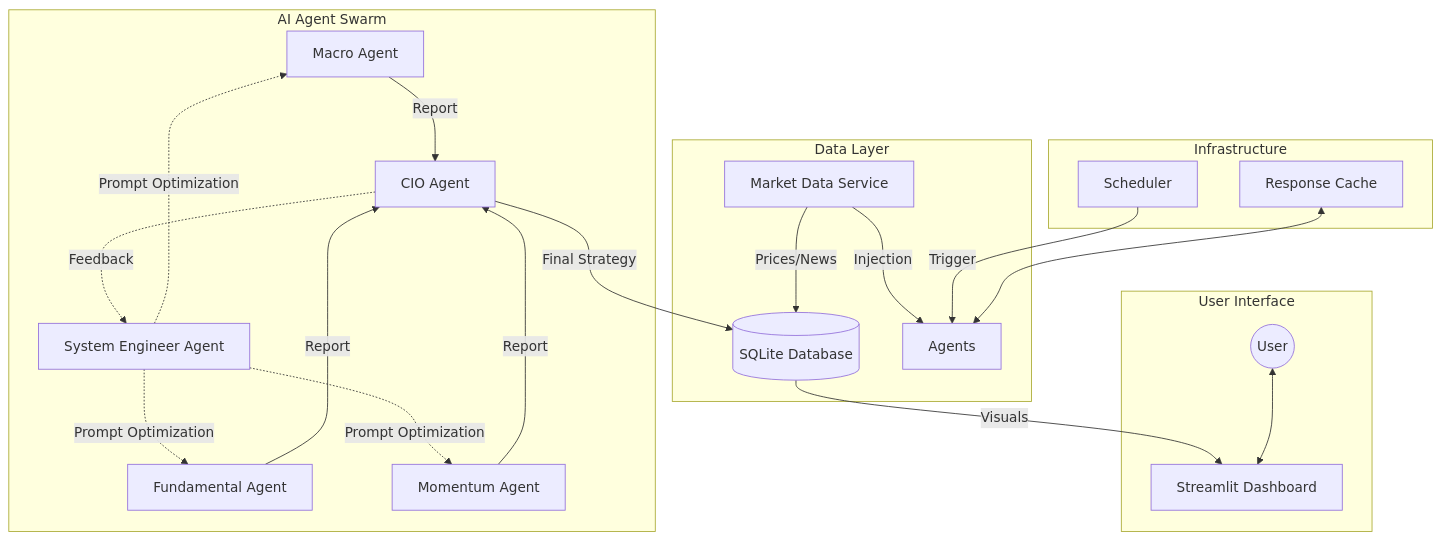
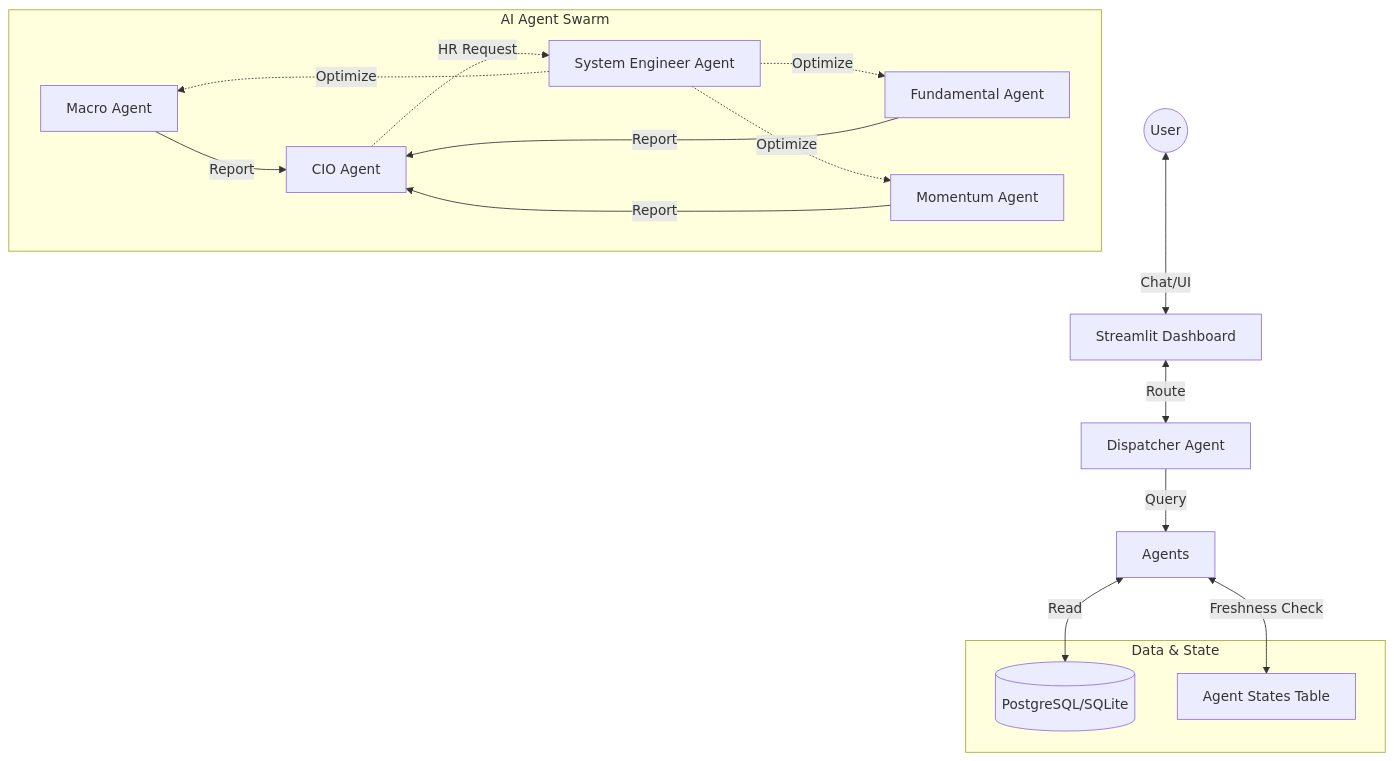
Before and after one commit to neohsiung/AI-Investment-Advisor: the first of 3 diagrams in README.md, drawn with Mermaid. The commit also changed other lines of this file and 37 other files, not shown here.

````diff
--- a/README.md
+++ b/README.md
@@ -33,33 +34,29 @@
 ```mermaid
 graph TD
-    subgraph Data Layer
-        MD[Market Data Service] -->|Prices/News| DB[(SQLite Database)]
-        MD -->|Injection| Agents
-    end
-
+    User((User)) <-->|Chat/UI| DASH[Streamlit Dashboard]
+    DASH <-->|Route| DISP[Dispatcher Agent]
+    
+    DISP -->|Query| Agents
+    
     subgraph AI Agent Swarm
         MA[Macro Agent]
         FA[Fundamental Agent]
         MO[Momentum Agent]
-
-        MA -->|Report| CIO[CIO Agent]
+        CIO[CIO Agent]
+        
+        MA -->|Report| CIO
         FA -->|Report| CIO
         MO -->|Report| CIO
-
-        CIO -.->|Feedback| SEA[System Engineer Agent]
-        SEA -.->|Prompt Optimization| MA
-        SEA -.->|Prompt Optimization| FA
-        SEA -.->|Prompt Optimization| MO
+        
+        CIO -.->|HR Request| SEA[System Engineer Agent]
+        SEA -.->|Optimize| MA & FA & MO
     end
 
-    subgraph User Interface
-        CIO -->|Final Strategy| DB
-        DB -->|Visuals| DASH[Streamlit Dashboard]
-        User((User)) <--> DASH
+    subgraph Data & State
+        DB[(PostgreSQL/SQLite)]
+        States[Agent States Table]
     end
 
-    subgraph Infrastructure
-        SCH[Scheduler] -->|Trigger| Agents
-        CACHE[Response Cache] <--> Agents
-    end
+    Agents <-->|Freshness Check| States
+    Agents <-->|Read| DB
 ```
````
